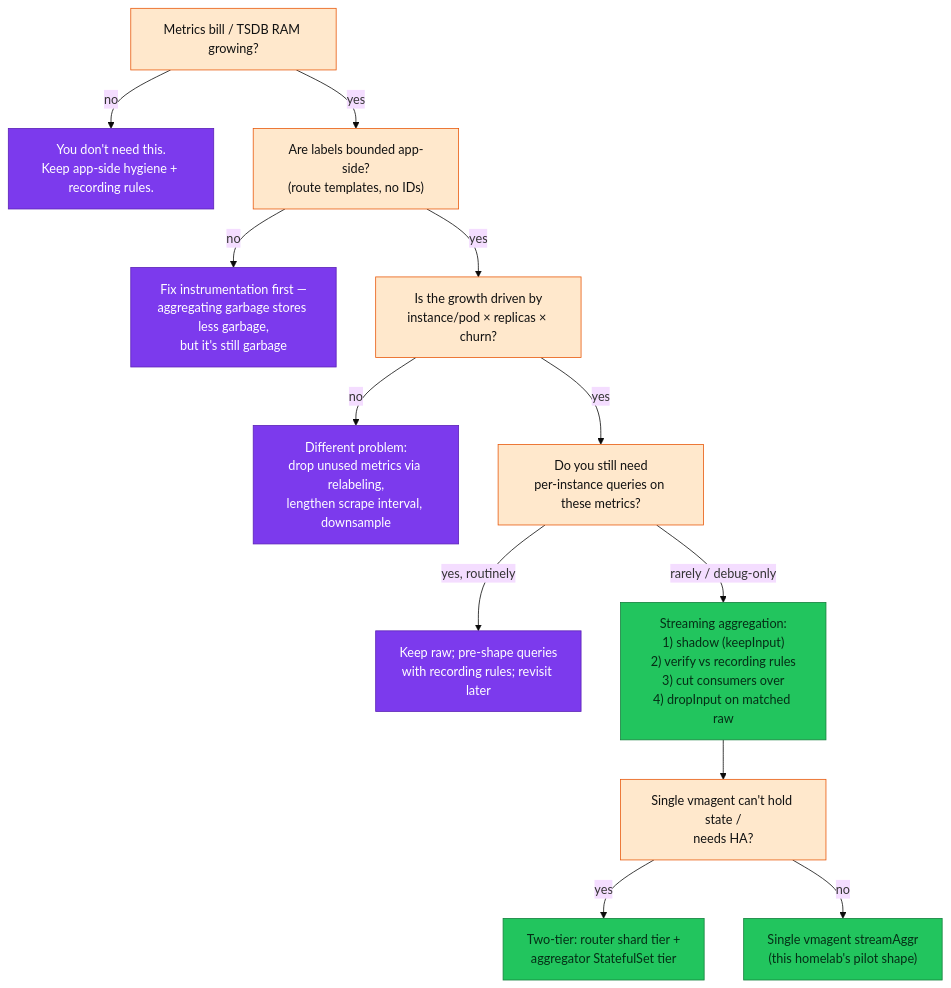
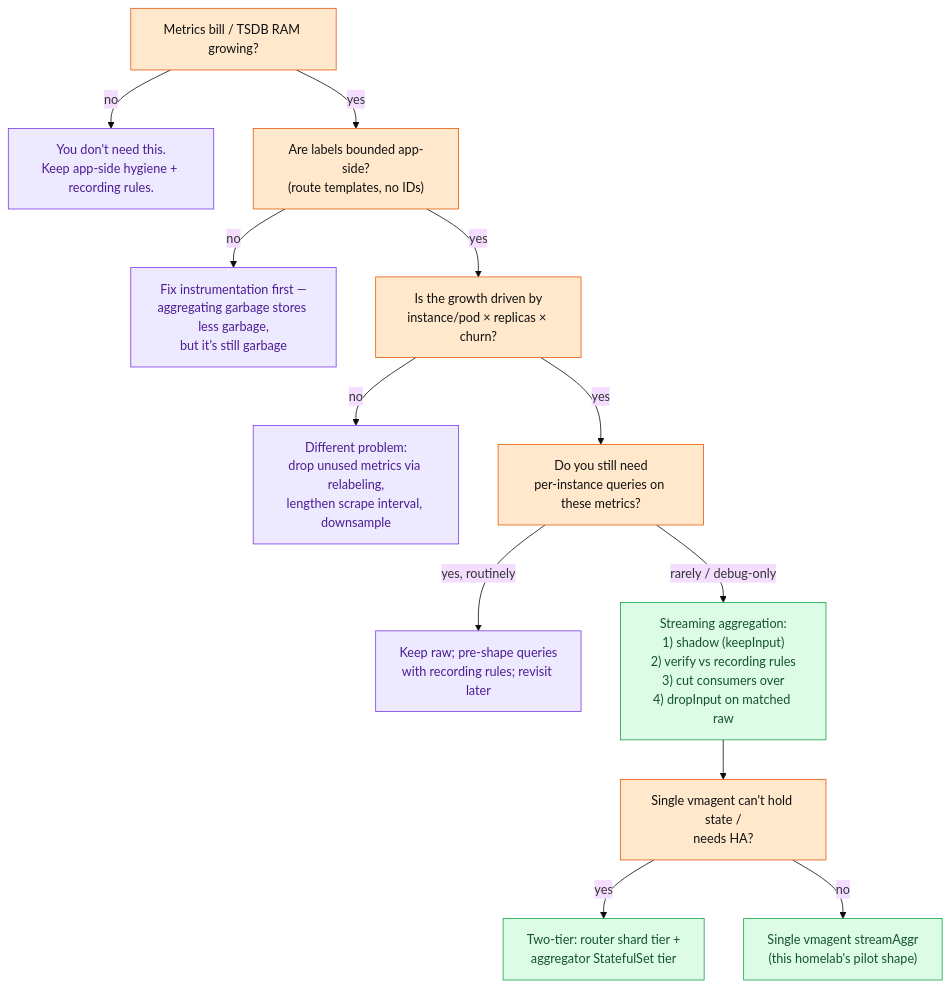
Before and after one commit to duynhlab/homelab: the third of 3 diagrams in docs/observability/metrics/streaming-aggregation.md, drawn with Mermaid (base theme). The commit also changed 174 other files, not shown here.

First line of the commit message:
Soft-tint diagram palette, a signal-flow diagram, a Linux-ready Draw.io skill

````diff
--- a/docs/observability/metrics/streaming-aggregation.md
+++ b/docs/observability/metrics/streaming-aggregation.md
@@ -234,21 +234,21 @@
 ```mermaid
 flowchart TD
     Q0["Metrics bill / TSDB RAM growing?"] -->|no| N0["You don't need this.<br/>Keep app-side hygiene + recording rules."]
     Q0 -->|yes| Q1["Are labels bounded app-side?<br/>(route templates, no IDs)"]
     Q1 -->|no| F1["Fix instrumentation first —<br/>aggregating garbage stores less garbage,<br/>but it's still garbage"]
     Q1 -->|yes| Q2["Is the growth driven by<br/>instance/pod × replicas × churn?"]
     Q2 -->|no| F2["Different problem:<br/>drop unused metrics via relabeling,<br/>lengthen scrape interval, downsample"]
     Q2 -->|yes| Q3["Do you still need<br/>per-instance queries on these metrics?"]
     Q3 -->|"yes, routinely"| F3["Keep raw; pre-shape queries<br/>with recording rules; revisit later"]
     Q3 -->|"rarely / debug-only"| F4["Streaming aggregation:<br/>1) shadow (keepInput)<br/>2) verify vs recording rules<br/>3) cut consumers over<br/>4) dropInput on matched raw"]
     F4 --> Q4["Single vmagent can't hold state /<br/>needs HA?"]
     Q4 -->|yes| F5["Two-tier: router shard tier +<br/>aggregator StatefulSet tier"]
     Q4 -->|no| F6["Single vmagent streamAggr<br/>(this homelab's pilot shape)"]
 
     classDef metric fill:#ffe8cc,color:#111,stroke:#e8590c;
-    classDef platform fill:#7c3aed,color:#fff,stroke:#5b21b6;
-    classDef data fill:#22c55e,color:#052e16,stroke:#15803d;
+    classDef platform fill:#ede9fe,color:#4c1d95,stroke:#7c3aed;
+    classDef data fill:#dcfce7,color:#14532d,stroke:#16a34a;
     class Q0,Q1,Q2,Q3,Q4 metric;
     class F4,F5,F6 data;
     class N0,F1,F2,F3 platform;
 ```
````
